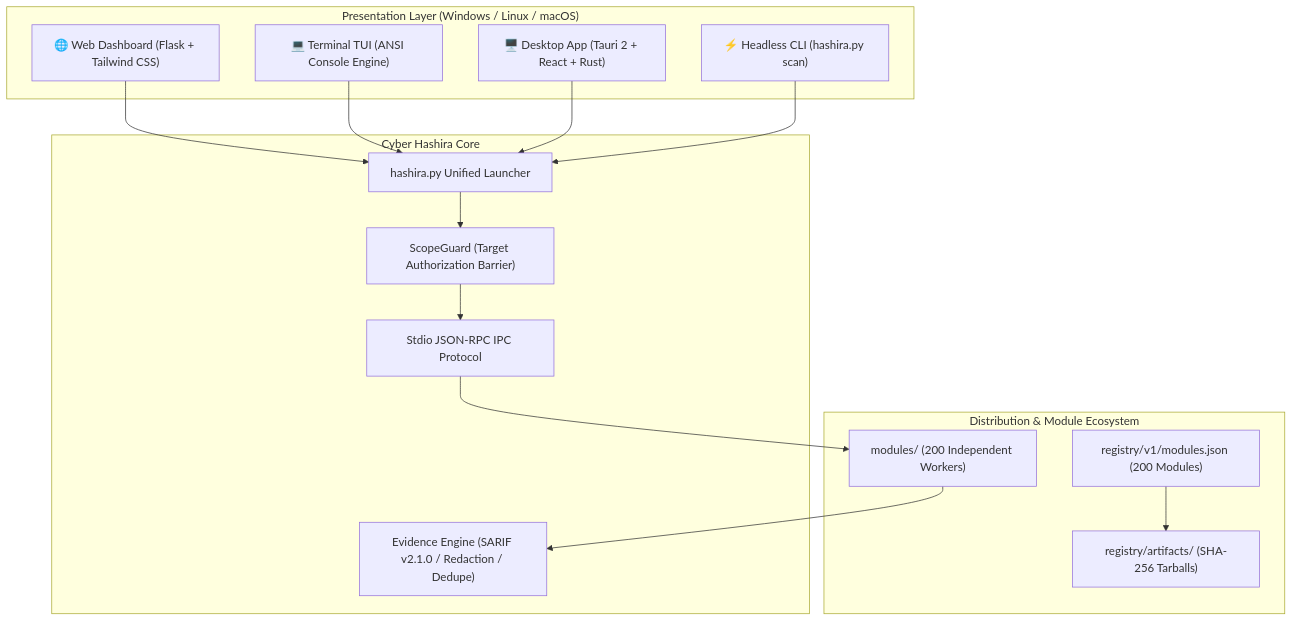
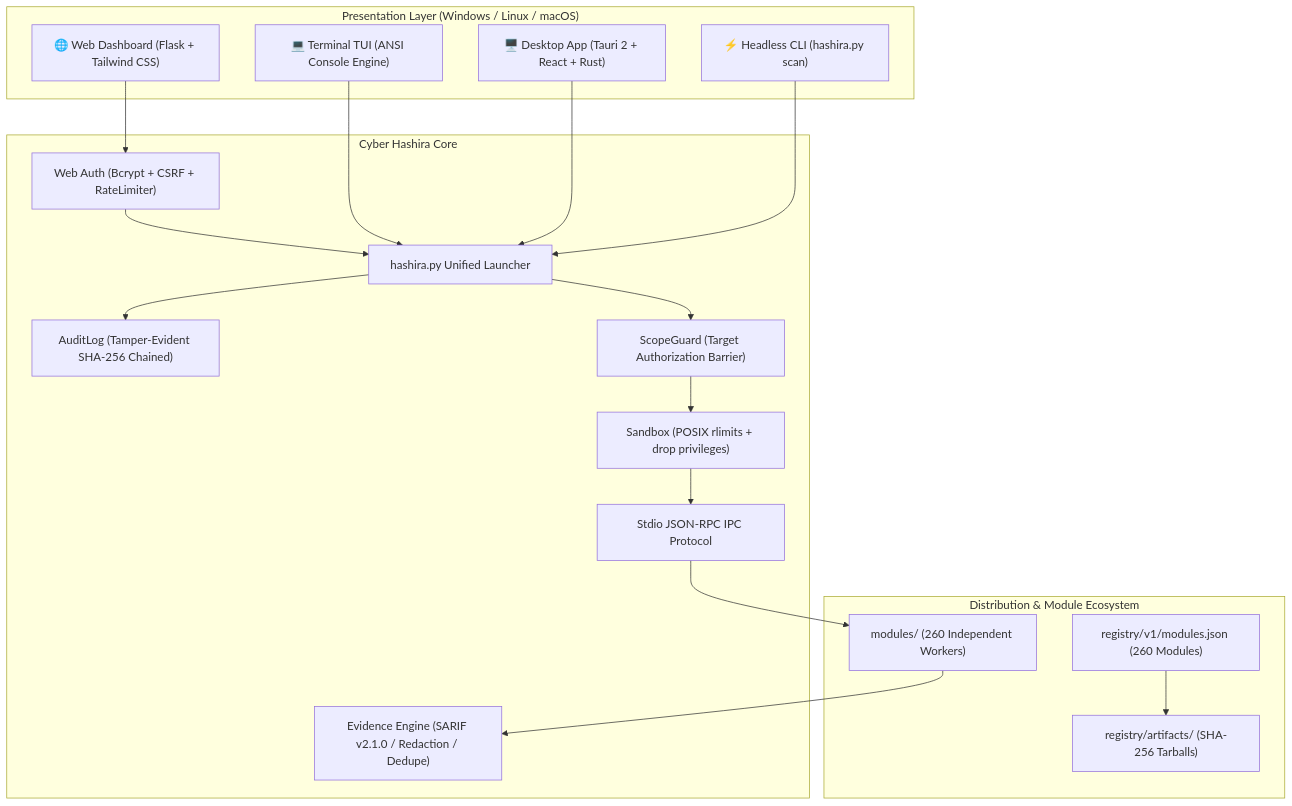
The diagram in README.md (VoidStudioos/Cyber-Hashira), drawn with Mermaid before and after one commit. The commit also changed other lines of this file and 411 other files, not shown here.

````diff
--- a/README.md
+++ b/README.md
@@ -468,33 +467,39 @@
 ```mermaid
 graph TD
     subgraph Presentation ["Presentation Layer (Windows / Linux / macOS)"]
         WEB["🌐 Web Dashboard (Flask + Tailwind CSS)"]
         TUI["💻 Terminal TUI (ANSI Console Engine)"]
         DESK["🖥️ Desktop App (Tauri 2 + React + Rust)"]
         CLI["⚡ Headless CLI (hashira.py scan)"]
     end
 
     subgraph Core ["Cyber Hashira Core"]
         LAUNCHER["hashira.py Unified Launcher"]
+        AUTH["Web Auth (Bcrypt + CSRF + RateLimiter)"]
+        AUDIT["AuditLog (Tamper-Evident SHA-256 Chained)"]
+        SANDBOX["Sandbox (POSIX rlimits + drop privileges)"]
         SCOPE["ScopeGuard (Target Authorization Barrier)"]
         IPC["Stdio JSON-RPC IPC Protocol"]
         REPORT["Evidence Engine (SARIF v2.1.0 / Redaction / Dedupe)"]
     end
 
     subgraph Registry ["Distribution & Module Ecosystem"]
-        CATALOG["registry/v1/modules.json (200 Modules)"]
+        CATALOG["registry/v1/modules.json (260 Modules)"]
         ARTIFACTS["registry/artifacts/ (SHA-256 Tarballs)"]
-        MODULES["modules/ (200 Independent Workers)"]
+        MODULES["modules/ (260 Independent Workers)"]
     end
 
-    WEB --> LAUNCHER
+    WEB --> AUTH
+    AUTH --> LAUNCHER
     TUI --> LAUNCHER
     DESK --> LAUNCHER
     CLI --> LAUNCHER
 
+    LAUNCHER --> AUDIT
     LAUNCHER --> SCOPE
-    SCOPE --> IPC
+    SCOPE --> SANDBOX
+    SANDBOX --> IPC
     IPC --> MODULES
     MODULES --> REPORT
     CATALOG --> ARTIFACTS
 ```
````
